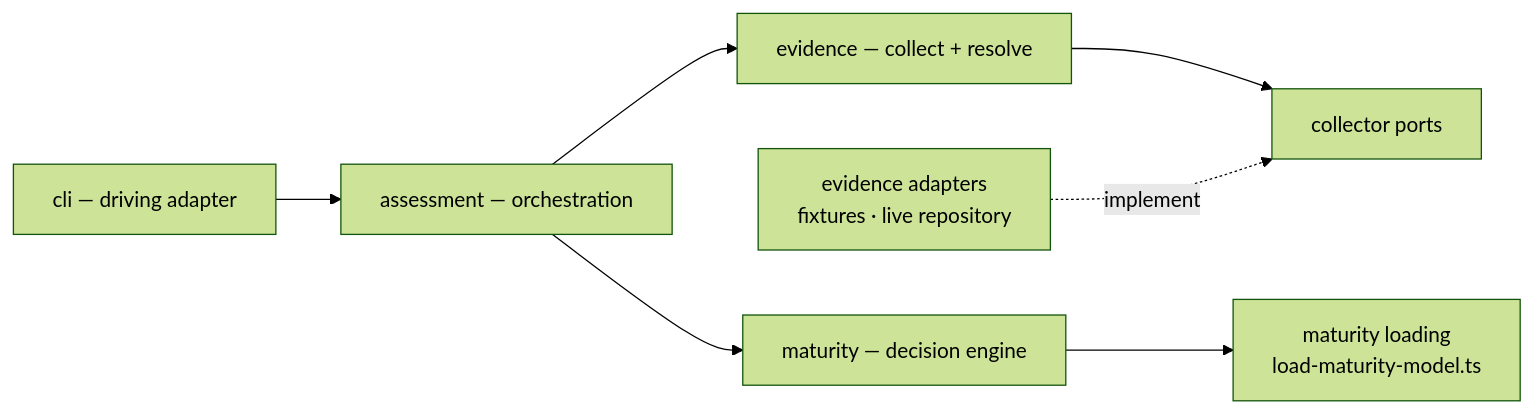
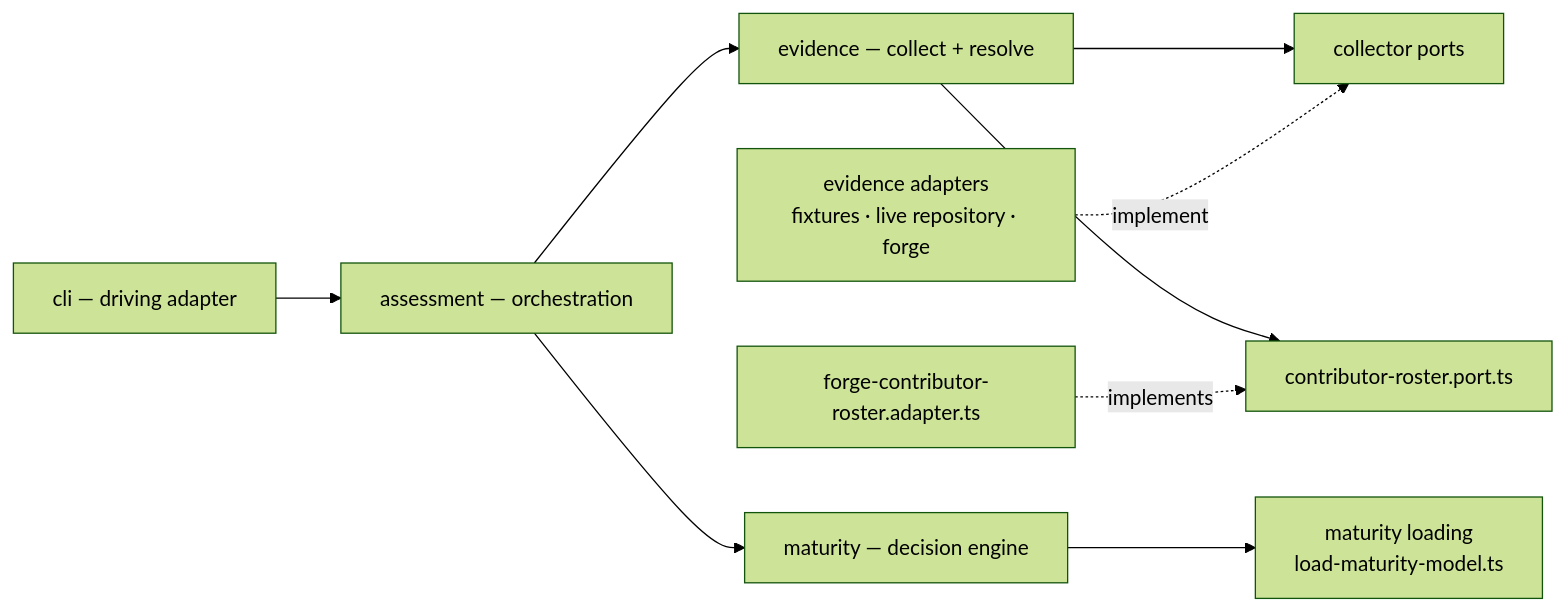
The diagram in aidd_docs/memory/architecture.md (BlandineRdl/aidd-audit), drawn with Mermaid (forest theme) before and after one commit. The commit also changed other lines of this file and 48 other files, not shown here.

````diff
--- a/aidd_docs/memory/architecture.md
+++ b/aidd_docs/memory/architecture.md
@@ -22,12 +22,14 @@
 ```mermaid id="wjrf9s"
 flowchart LR
   CLI["cli — driving adapter"] --> ASSESS["assessment — orchestration"]
 
   ASSESS --> EV["evidence — collect + resolve"]
   ASSESS --> MAT["maturity — decision engine"]
 
   EV --> EPORT["collector ports"]
+  EV --> RPORT["contributor-roster.port.ts"]
   MAT --> MAD["maturity loading<br/>load-maturity-model.ts"]
 
-  EAD["evidence adapters<br/>fixtures · live repository"] -.->|implement| EPORT
+  EAD["evidence adapters<br/>fixtures · live repository · forge"] -.->|implement| EPORT
+  RAD["forge-contributor-roster.adapter.ts"] -.->|implements| RPORT
 ```
````
